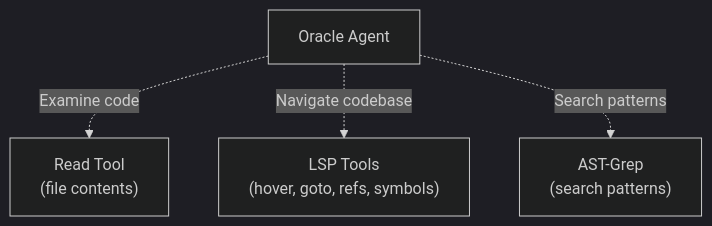
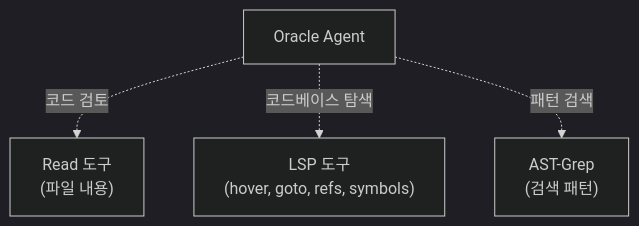
Before and after one commit to felipetruman/oh-my-opencode-docs: the fourth of 11 diagrams in docs/agents/oracle-agent.md, drawn with Mermaid (dark theme). The commit also changed other lines of this file and 76 other files, not shown here.

````diff
--- a/docs/agents/oracle-agent.md
+++ b/docs/agents/oracle-agent.md
@@ -205,12 +205,12 @@
 ```mermaid
 flowchart TD
 
 Oracle["Oracle Agent"]
-Read["Read Tool<br>(file contents)"]
-LSP["LSP Tools<br>(hover, goto, refs, symbols)"]
-ASTGrep["AST-Grep<br>(search patterns)"]
+Read["Read 도구<br>(파일 내용)"]
+LSP["LSP 도구<br>(hover, goto, refs, symbols)"]
+ASTGrep["AST-Grep<br>(검색 패턴)"]
 
-Oracle -.->|"Examine code"| Read
-Oracle -.->|"Navigate codebase"| LSP
-Oracle -.->|"Search patterns"| ASTGrep
+Oracle -.->|"코드 검토"| Read
+Oracle -.->|"코드베이스 탐색"| LSP
+Oracle -.->|"패턴 검색"| ASTGrep
 ```
````
